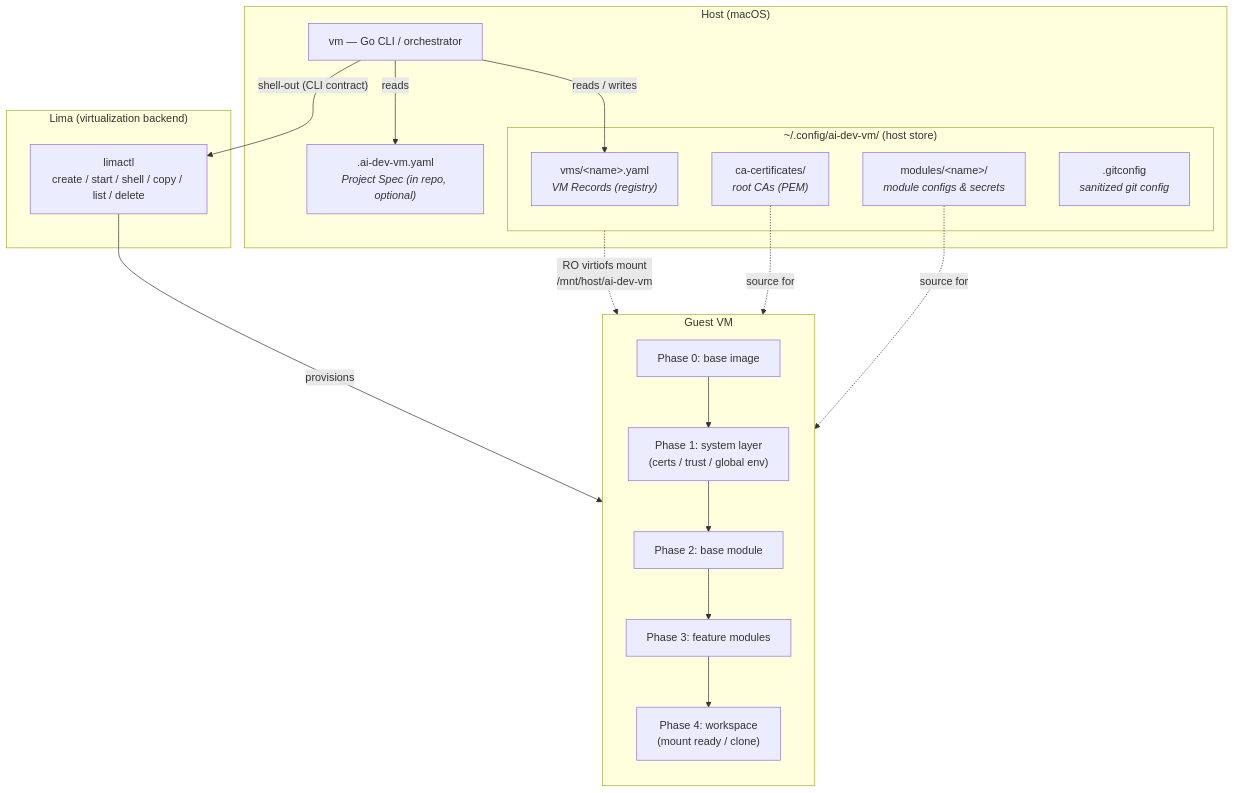
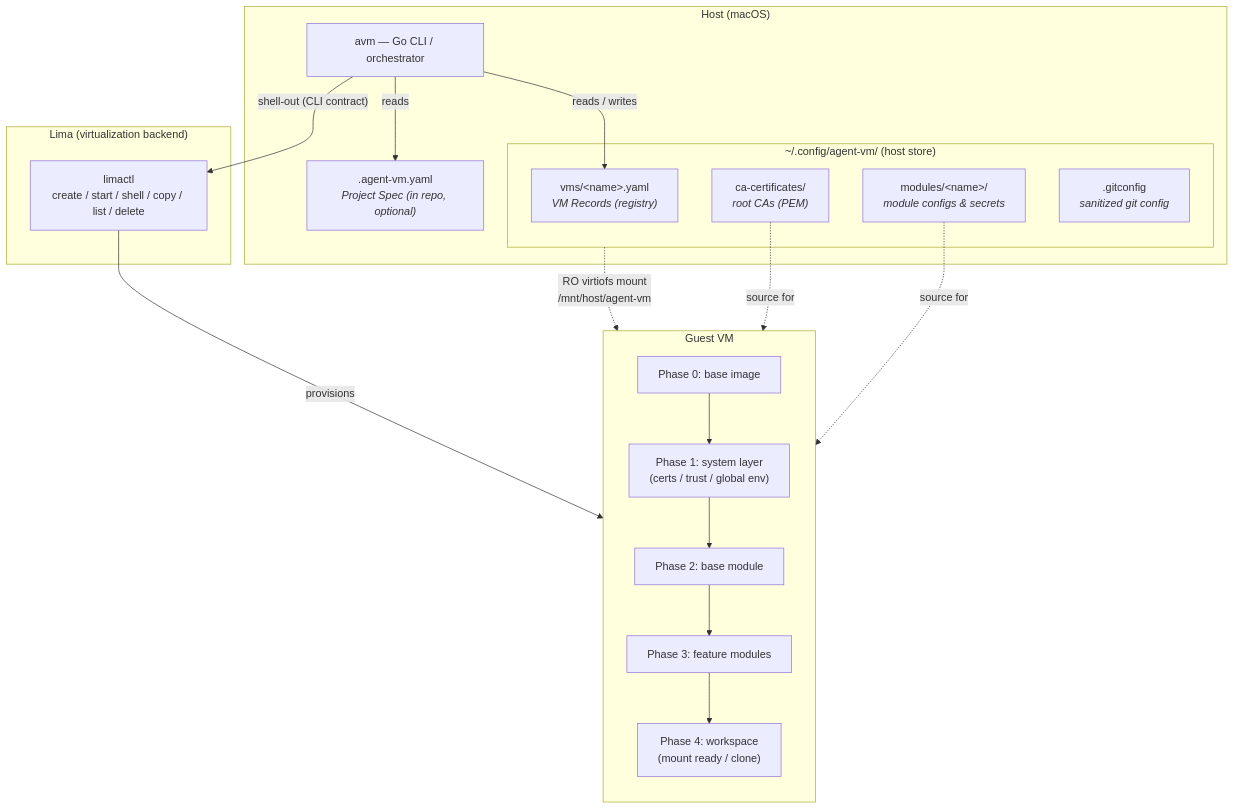
The first of 6 diagrams in docs/architecture.md (MikD1/agent-vm), drawn with Mermaid before and after one commit. The commit also changed other lines of this file, not shown here.

Commit message:
docs(architecture): sync with implemented design (names, Record-first, prune, no workspace in Spec, embed layout)

````diff
--- a/docs/architecture.md
+++ b/docs/architecture.md
@@ -17,35 +17,35 @@
 ```mermaid
 graph TB
     subgraph Host["Host (macOS)"]
-        cli["vm — Go CLI / orchestrator"]
-        subgraph Store["~/.config/ai-dev-vm/ (host store)"]
+        cli["avm — Go CLI / orchestrator"]
+        subgraph Store["~/.config/agent-vm/ (host store)"]
             registry["vms/&lt;name&gt;.yaml<br/><i>VM Records (registry)</i>"]
             ca["ca-certificates/<br/><i>root CAs (PEM)</i>"]
             modcfg["modules/&lt;name&gt;/<br/><i>module configs &amp; secrets</i>"]
             gitcfg[".gitconfig<br/><i>sanitized git config</i>"]
         end
-        spec[".ai-dev-vm.yaml<br/><i>Project Spec (in repo, optional)</i>"]
+        spec[".agent-vm.yaml<br/><i>Project Spec (in repo, optional)</i>"]
     end
 
     subgraph Lima["Lima (virtualization backend)"]
         limactl["limactl<br/>create / start / shell / copy / list / delete"]
     end
 
     subgraph Guest["Guest VM"]
         direction TB
         p0["Phase 0: base image"]
         p1["Phase 1: system layer<br/>(certs / trust / global env)"]
         p2["Phase 2: base module"]
         p3["Phase 3: feature modules"]
         p4["Phase 4: workspace<br/>(mount ready / clone)"]
         p0 --> p1 --> p2 --> p3 --> p4
     end
 
     cli -- "reads / writes" --> registry
     cli -- "reads" --> spec
     cli -- "shell-out (CLI contract)" --> limactl
     limactl -- "provisions" --> Guest
-    Store -. "RO virtiofs mount<br/>/mnt/host/ai-dev-vm" .-> Guest
+    Store -. "RO virtiofs mount<br/>/mnt/host/agent-vm" .-> Guest
     ca -. "source for" .-> p1
     modcfg -. "source for" .-> p3
 ```
````
